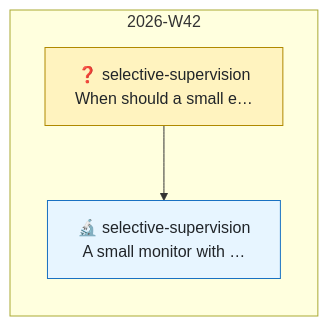
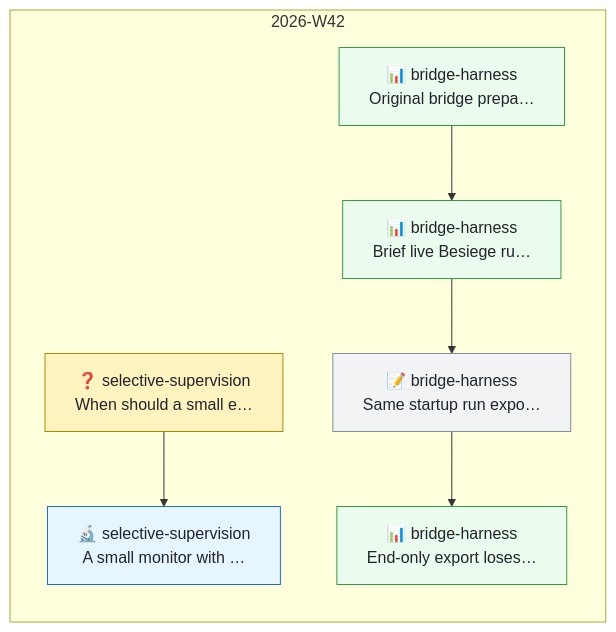
One commit to xinhui123/brainstorm-functional-correctness changed the diagram in TIMELINE.md. Above: the diagram before and after it, drawn with Mermaid. The commit also changed other lines of this file and 50 other files, not shown here.

````diff
--- a/TIMELINE.md
+++ b/TIMELINE.md
@@ -13,17 +13,24 @@
 ```mermaid
 graph LR
   classDef question fill:#fff3bf,stroke:#b08900,color:#212529
   classDef hypothesis fill:#e7f5ff,stroke:#1971c2,color:#212529
   classDef experiment fill:#ebfbee,stroke:#2f9e44,color:#212529
   classDef decision fill:#d3f9d8,stroke:#0b7285,color:#212529
   classDef pivot fill:#ffe8cc,stroke:#e8590c,color:#212529
   classDef blocker fill:#ffe3e3,stroke:#c92a2a,color:#212529
   classDef note fill:#f1f3f5,stroke:#868e96,color:#212529
   classDef empty fill:#f8f9fa,stroke:#adb5bd,color:#868e96
   subgraph wk_2026_W42["2026-W42"]
     direction TB
     T_2026W42_001["❓ selective-supervision<br/>When should a small e…"]:::question
     T_2026W42_002["🔬 selective-supervision<br/>A small monitor with …"]:::hypothesis
+    T_2026W42_003["📊 bridge-harness<br/>Original bridge prepa…"]:::experiment
+    T_2026W42_004["📊 bridge-harness<br/>Brief live Besiege ru…"]:::experiment
+    T_2026W42_005["📝 bridge-harness<br/>Same startup run expo…"]:::note
+    T_2026W42_006["📊 bridge-harness<br/>End-only export loses…"]:::experiment
   end
   T_2026W42_001 --> T_2026W42_002
+  T_2026W42_003 --> T_2026W42_004
+  T_2026W42_004 --> T_2026W42_005
+  T_2026W42_005 --> T_2026W42_006
 ```
````
